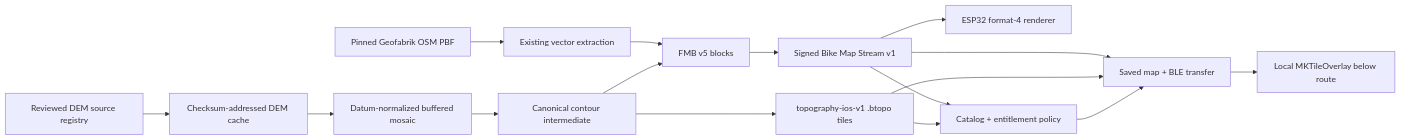
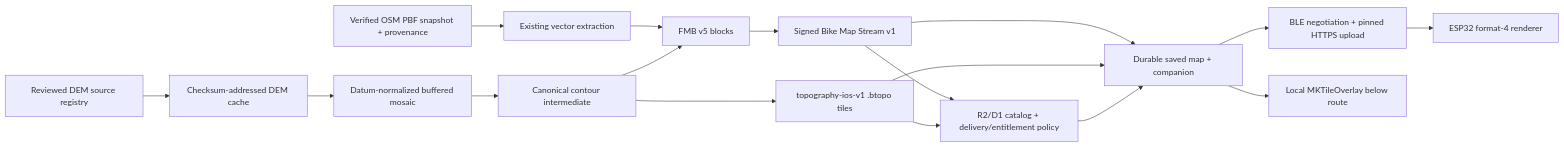
Before and after one commit to seichris/open-bike-computer: the diagram in docs/plans/issue-190-topographic-map-support-implementation-plan.md, drawn with Mermaid. The commit also changed other lines of this file, not shown here.

Commit message:
docs: refresh topographic map plan for current main

````diff
--- a/docs/plans/issue-190-topographic-map-support-implementation-plan.md
+++ b/docs/plans/issue-190-topographic-map-support-implementation-plan.md
@@ -239,18 +248,19 @@
 ```mermaid
 flowchart LR
-    OSM["Pinned Geofabrik OSM PBF"] --> VEC["Existing vector extraction"]
+    OSM["Verified OSM PBF snapshot + provenance"] --> VEC["Existing vector extraction"]
     REG["Reviewed DEM source registry"] --> CACHE["Checksum-addressed DEM cache"]
     CACHE --> MOSAIC["Datum-normalized buffered mosaic"]
     MOSAIC --> CONTOUR["Canonical contour intermediate"]
     VEC --> FMB5["FMB v5 blocks"]
     CONTOUR --> FMB5
     CONTOUR --> IOSASSET["topography-ios-v1 .btopo tiles"]
     FMB5 --> STREAM["Signed Bike Map Stream v1"]
-    STREAM --> APP["Saved map + BLE transfer"]
-    STREAM --> DEVICE["ESP32 format-4 renderer"]
+    STREAM --> APP["Durable saved map + companion"]
+    APP --> TRANSFER["BLE negotiation + pinned HTTPS upload"]
+    TRANSFER --> DEVICE["ESP32 format-4 renderer"]
     IOSASSET --> APP
     APP --> MAPKIT["Local MKTileOverlay below route"]
-    CAT["Catalog + entitlement policy"] --> APP
+    CAT["R2/D1 catalog + delivery/entitlement policy"] --> APP
     STREAM --> CAT
     IOSASSET --> CAT
 ```
````
